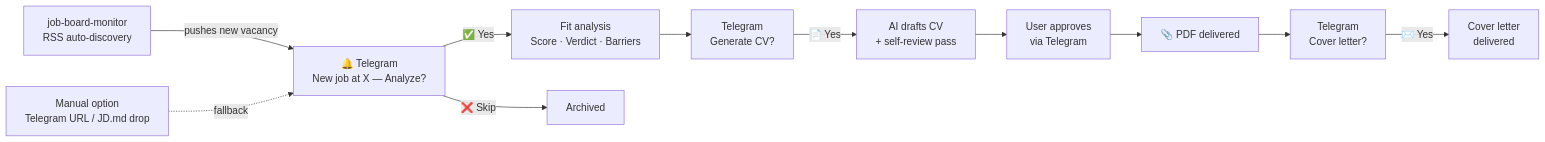
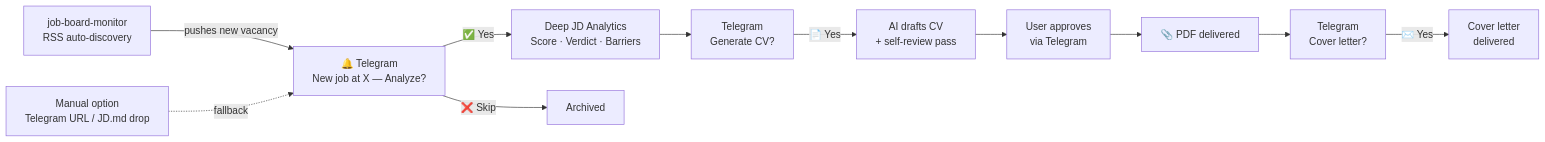
The first of 3 diagrams in README.md (ioncat/agent-hub), drawn with Mermaid before and after one commit. The commit also changed other lines of this file, not shown here.

Commit message:
docs: add value proposition section, rename Fit analysis → Deep JD Analytics

````diff
--- a/README.md
+++ b/README.md
@@ -15,14 +26,14 @@
 ```mermaid
 flowchart LR
     M["job-board-monitor\nRSS auto-discovery"] -->|"pushes new vacancy"| A
     A["🔔 Telegram\nNew job at X — Analyze?"]
-    A -->|✅ Yes| C["Fit analysis\nScore · Verdict · Barriers"]
+    A -->|✅ Yes| C["Deep JD Analytics\nScore · Verdict · Barriers"]
     C --> D["Telegram\nGenerate CV?"]
     D -->|📄 Yes| E["AI drafts CV\n+ self-review pass"]
     E --> F["User approves\nvia Telegram"]
     F --> G["📎 PDF delivered"]
     G --> H["Telegram\nCover letter?"]
     H -->|✉️ Yes| I["Cover letter\ndelivered"]
     A -->|❌ Skip| Z["Archived"]
     U["Manual option\nTelegram URL / JD.md drop"] -.->|fallback| A
 ```
````
